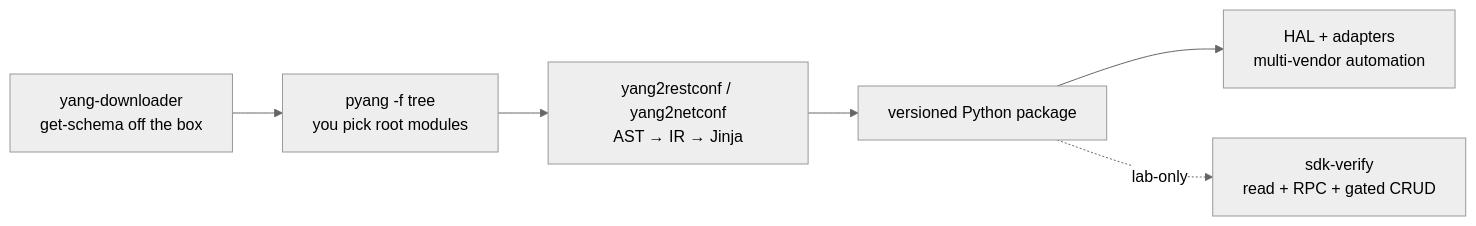
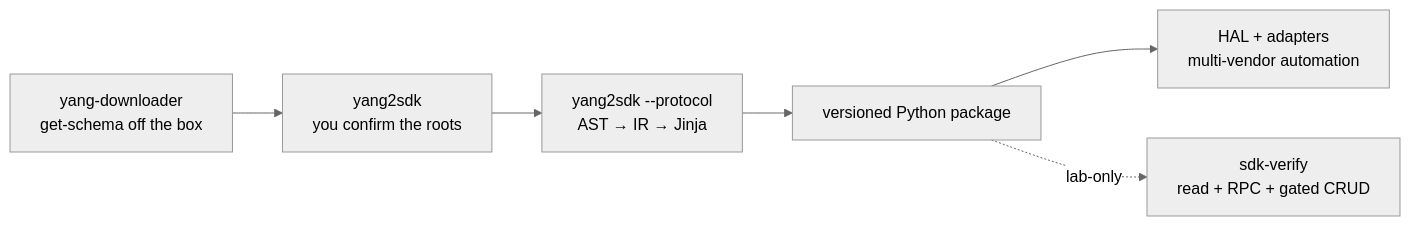
The diagram in README.md (ConsortiumGARR/yang2sdk), drawn with Mermaid (neutral theme) before and after one commit. The commit also changed other lines of this file and 18 other files, not shown here.

````diff
--- a/README.md
+++ b/README.md
@@ -5,8 +5,8 @@
 ```mermaid
 flowchart LR
-    A[yang-downloader<br/>get-schema off the box] --> B[pyang -f tree<br/>you pick root modules]
-    B --> C[yang2restconf / yang2netconf<br/>AST → IR → Jinja]
+    A[yang-downloader<br/>get-schema off the box] --> B[yang2sdk<br/>you confirm the roots]
+    B --> C[yang2sdk --protocol<br/>AST → IR → Jinja]
     C --> D[versioned Python package]
     D --> E[HAL + adapters<br/>multi-vendor automation]
     D -. lab-only .-> F[sdk-verify<br/>read + RPC + gated CRUD]
 ```
````
